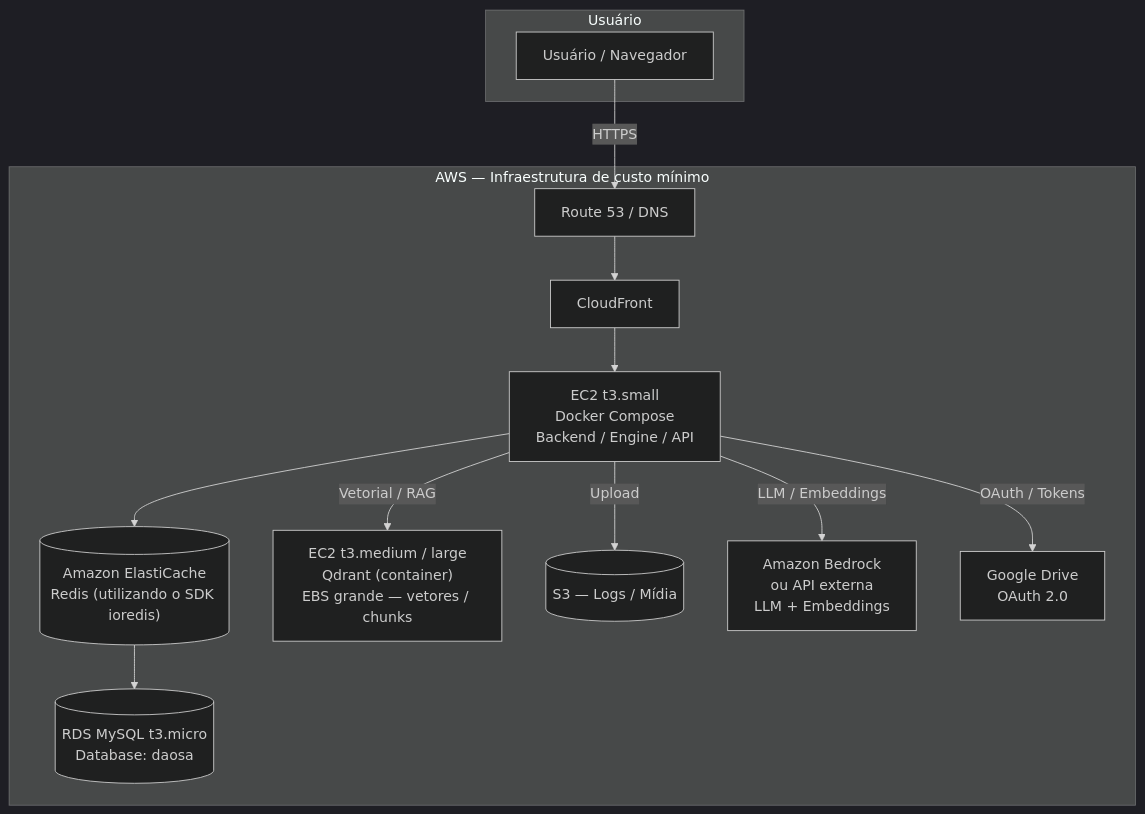
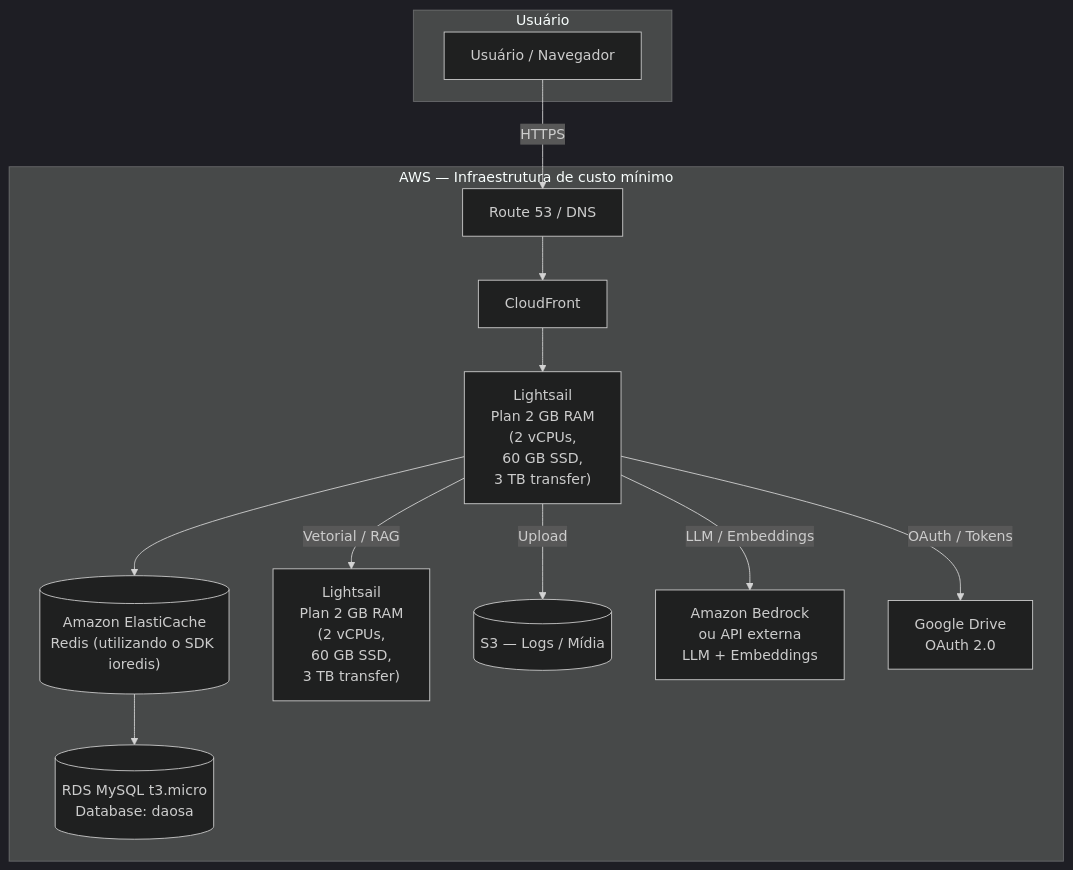
The second of 2 diagrams in README.md (vdanviel/daosa), drawn with Mermaid (dark theme) before and after one commit. The commit also changed other lines of this file, not shown here.

Commit message:
docs: atualizar README (padrão de versionamento feat/, infra)

````diff
--- a/README.md
+++ b/README.md
@@ -170,39 +170,40 @@
 ```mermaid
 flowchart TB
     subgraph USER["Usuário"]
         U["Usuário / Navegador"]
     end
 
     subgraph AWS["AWS — Infraestrutura de custo mínimo"]
         R["Route 53 / DNS"]
+        
         CF["CloudFront"]
 
-        EC2BE["EC2 t3.small<br/>Docker Compose<br/>Backend / Engine / API"]
+        LGTSLBE["Lightsail <br> Plan 2 GB RAM <br> (2 vCPUs,<br> 60 GB SSD,<br> 3 TB transfer)"]
 
         CACHE[("Amazon ElastiCache<br/>Redis (utilizando o SDK ioredis)")]
 
         RDS[("RDS MySQL t3.micro<br/>Database: daosa")]
 
-        EC2Q["EC2 t3.medium / large<br/>Qdrant (container)<br/>EBS grande — vetores / chunks"]
+        LGTSLQ["Lightsail <br> Plan 2 GB RAM <br> (2 vCPUs,<br> 60 GB SSD,<br> 3 TB transfer)"]
 
         S3KB[("S3 — Logs / Mídia ")]
 
         BED["Amazon Bedrock<br/>ou API externa<br/>LLM + Embeddings"]
 
         G["Google Drive<br/>OAuth 2.0"]
     end
 
    
 
     U -->|HTTPS| R
     R --> CF
-    CF --> EC2BE
+    CF --> LGTSLBE
 
-    EC2BE --> CACHE
+    LGTSLBE --> CACHE
     CACHE --> RDS
 
-    EC2BE -->|Vetorial / RAG| EC2Q
-    EC2BE -->|LLM / Embeddings| BED
-    EC2BE -->|Upload| S3KB
-    EC2BE -->|OAuth / Tokens| G
+    LGTSLBE -->|Vetorial / RAG| LGTSLQ
+    LGTSLBE -->|LLM / Embeddings| BED
+    LGTSLBE -->|Upload| S3KB
+    LGTSLBE -->|OAuth / Tokens| G
 ```
````
